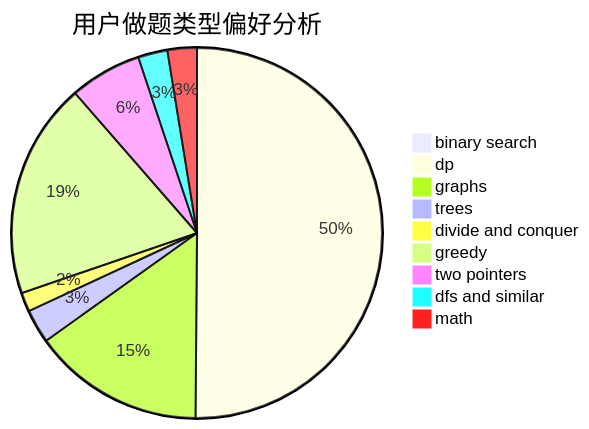
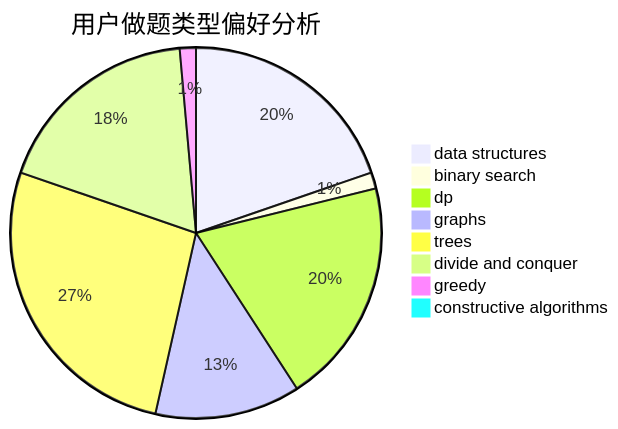
The second of 3 diagrams in docs/user/u2735.md (sherpahu/cfrs.github.io), drawn with Mermaid before and after one commit. The commit also changed other lines of this file and 2775 other files, not shown here.

````diff
--- a/docs/user/u2735.md
+++ b/docs/user/u2735.md
@@ -23,12 +23,11 @@
 ```mermaid
 pie title 用户做题类型偏好分析
-    "binary search" :  5
-    "dp" :  391
-    "graphs" :  117
-    "trees" :  23
+    "data structures" :  14
+    "binary search" :  1
+    "dp" :  14
+    "graphs" :  9
+    "trees" :  19
     "divide and conquer" :  13
-    "greedy" :  147
-    "two pointers" :  49
-    "dfs and similar" :  20
-    "math" :  20
+    "greedy" :  1
+    "constructive algorithms" :  0
 ```
````
